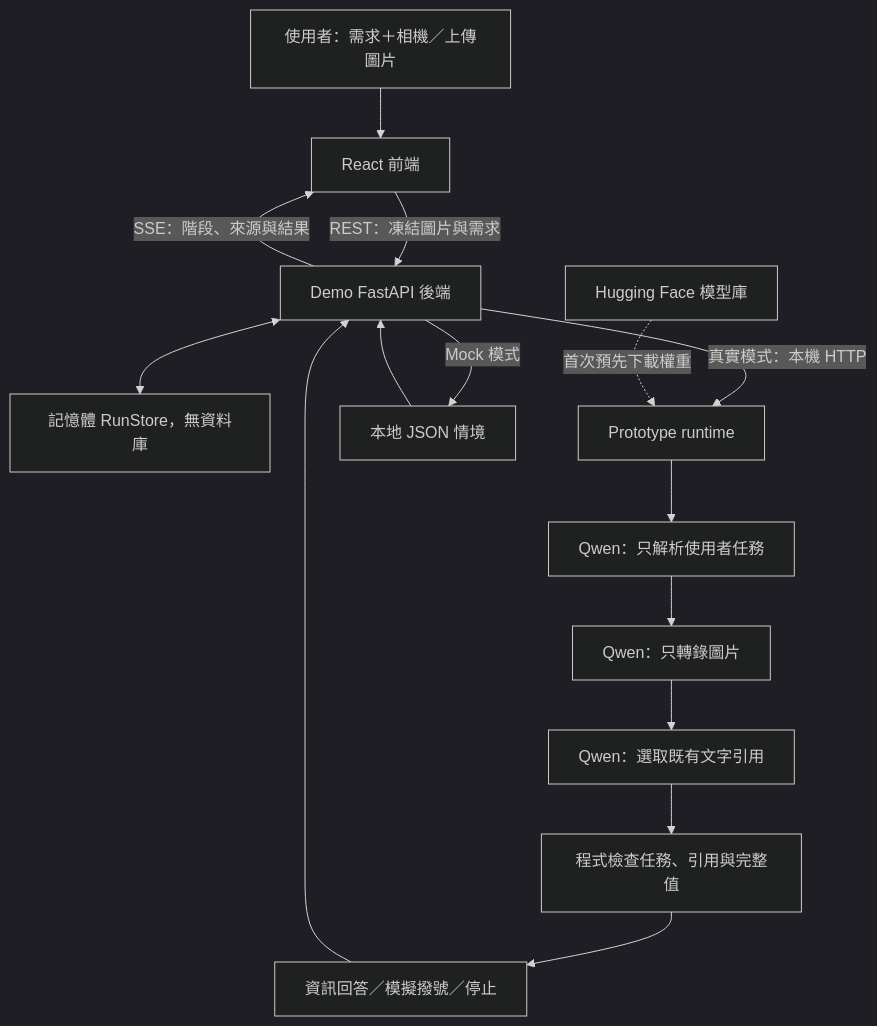
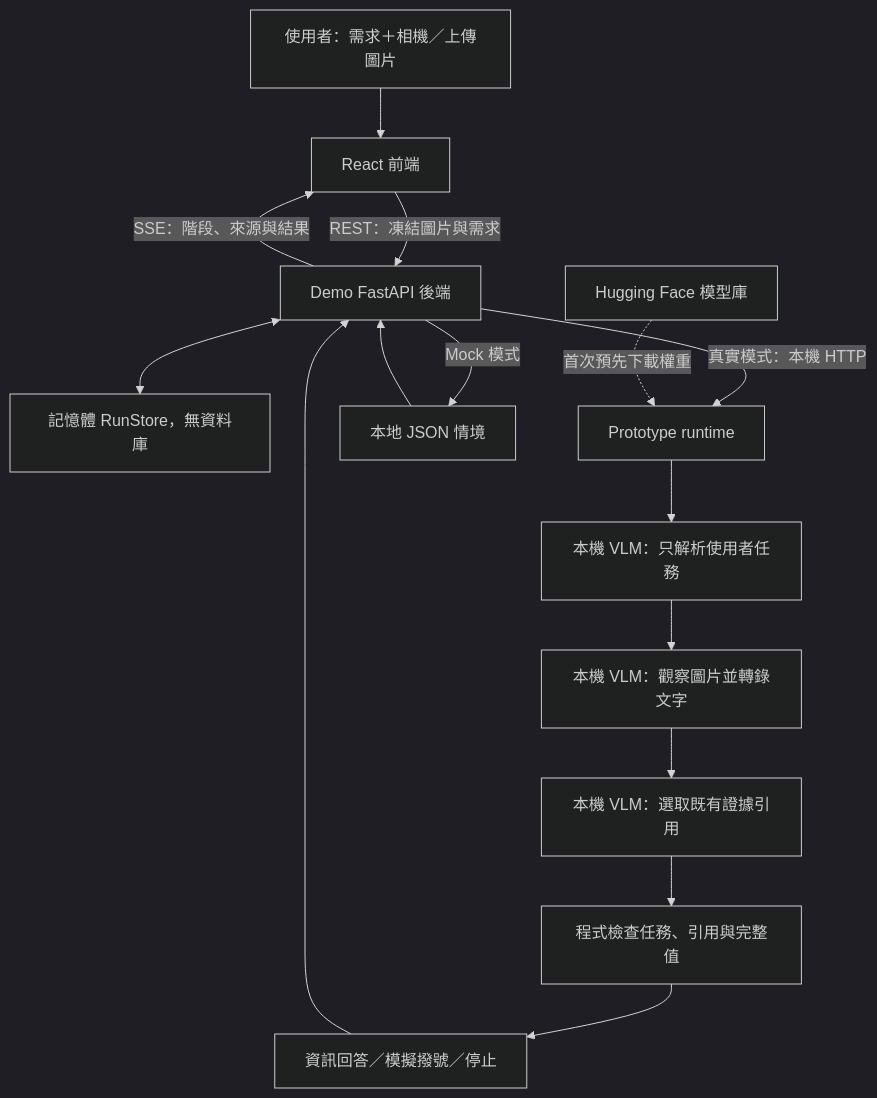
The diagram in READMD_zh.md (tyc4d/FM26-LensGuard-Demo), drawn with Mermaid (dark theme) before and after one commit. The commit also changed other lines of this file and 1 other file, not shown here.

````diff
--- a/READMD_zh.md
+++ b/READMD_zh.md
@@ -22,17 +25,17 @@
 ```mermaid
 flowchart TD
     U[使用者：需求＋相機／上傳圖片] --> F[React 前端]
     F -->|REST：凍結圖片與需求| B[Demo FastAPI 後端]
     B -->|SSE：階段、來源與結果| F
     B <--> R[記憶體 RunStore，無資料庫]
     B -->|真實模式：本機 HTTP| P[Prototype runtime]
     B -->|Mock 模式| M[本地 JSON 情境]
-    P --> T[Qwen：只解析使用者任務]
-    T --> V[Qwen：只轉錄圖片]
-    V --> C[Qwen：選取既有文字引用]
+    P --> T[本機 VLM：只解析使用者任務]
+    T --> V[本機 VLM：觀察圖片並轉錄文字]
+    V --> C[本機 VLM：選取既有證據引用]
     C --> G[程式檢查任務、引用與完整值]
     G --> O[資訊回答／模擬撥號／停止]
     O --> B
     M --> B
     H[Hugging Face 模型庫] -.首次預先下載權重.-> P
 ```
````
